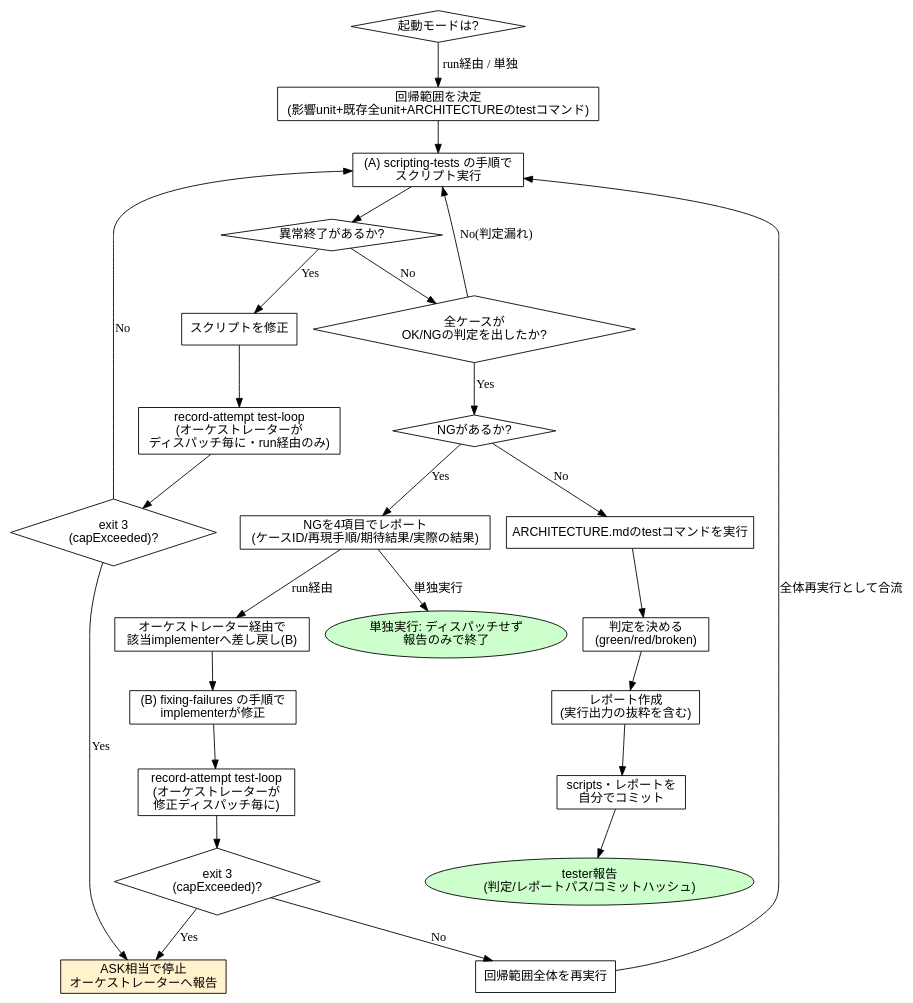
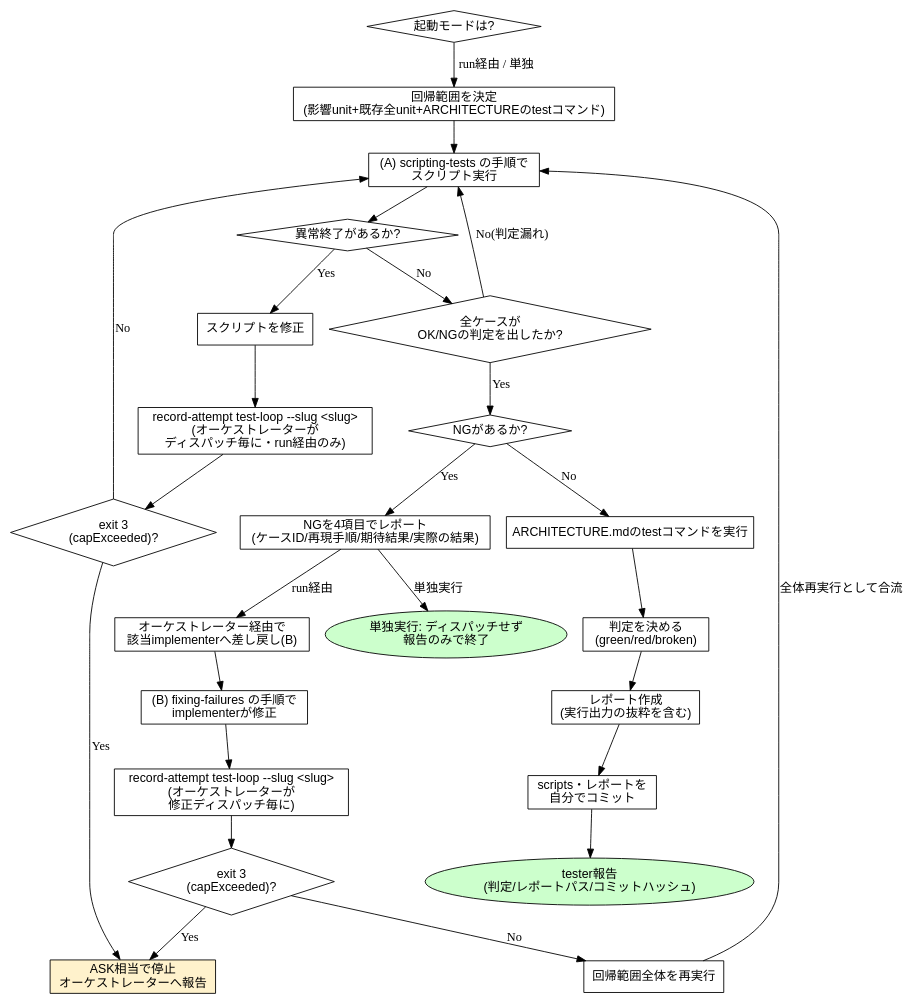
The eighth of 15 diagrams in plugins/codiel/docs/skill-flowcharts.md (Amatsuka-kobo/amatsuka-claude-plugins), drawn with Graphviz before and after one commit. The commit also changed other lines of this file and 15 other files, not shown here.

````diff
--- a/plugins/codiel/docs/skill-flowcharts.md
+++ b/plugins/codiel/docs/skill-flowcharts.md
@@ -326,49 +289,49 @@
 ```dot
 digraph running_regression_tests {
   rankdir=TB;
   node [fontname="sans-serif"];
 
   mode [label="起動モードは?", shape=diamond];
   scope [label="回帰範囲を決定\n(影響unit+既存全unit+ARCHITECTUREのtestコマンド)", shape=box];
   loop_a [label="(A) scripting-tests の手順で\nスクリプト実行", shape=box];
   broken [label="異常終了があるか?", shape=diamond];
   fix_script [label="スクリプトを修正", shape=box];
-  record_a [label="record-attempt test-loop\n(オーケストレーターが\nディスパッチ毎に・run経由のみ)", shape=box];
+  record_a [label="record-attempt test-loop --slug <slug>\n(オーケストレーターが\nディスパッチ毎に・run経由のみ)", shape=box];
   cap_a [label="exit 3\n(capExceeded)?", shape=diamond];
   ask_stop [label="ASK相当で停止\nオーケストレーターへ報告", shape=box, style=filled, fillcolor="#fff2cc"];
   all_judged [label="全ケースが\nOK/NGの判定を出したか?", shape=diamond];
   ng_found [label="NGがあるか?", shape=diamond];
   report_ng [label="NGを4項目でレポート\n(ケースID/再現手順/期待結果/実際の結果)", shape=box];
   standalone_end [label="単独実行: ディスパッチせず\n報告のみで終了", shape=ellipse, style=filled, fillcolor="#ccffcc"];
   handoff [label="オーケストレーター経由で\n該当implementerへ差し戻し(B)", shape=box];
   loop_b [label="(B) fixing-failures の手順で\nimplementerが修正", shape=box];
-  record_b [label="record-attempt test-loop\n(オーケストレーターが\n修正ディスパッチ毎に)", shape=box];
+  record_b [label="record-attempt test-loop --slug <slug>\n(オーケストレーターが\n修正ディスパッチ毎に)", shape=box];
   cap_b [label="exit 3\n(capExceeded)?", shape=diamond];
   rerun_all [label="回帰範囲全体を再実行", shape=box];
   unit_test [label="ARCHITECTURE.mdのtestコマンドを実行", shape=box];
   verdict [label="判定を決める\n(green/red/broken)", shape=box];
   report [label="レポート作成\n(実行出力の抜粋を含む)", shape=box];
   commit [label="scripts・レポートを\n自分でコミット", shape=box];
   done [label="tester報告\n(判定/レポートパス/コミットハッシュ)", shape=ellipse, style=filled, fillcolor="#ccffcc"];
 
   mode -> scope [label="run経由 / 単独"];
   scope -> loop_a -> broken;
   broken -> fix_script [label="Yes"];
   fix_script -> record_a;
   record_a -> cap_a;
   cap_a -> ask_stop [label="Yes"];
   cap_a -> loop_a [label="No"];
   broken -> all_judged [label="No"];
   all_judged -> loop_a [label="No(判定漏れ)"];
   all_judged -> ng_found [label="Yes"];
   ng_found -> unit_test [label="No"];
   ng_found -> report_ng [label="Yes"];
   report_ng -> standalone_end [label="単独実行"];
   report_ng -> handoff [label="run経由"];
   handoff -> loop_b -> record_b -> cap_b;
   cap_b -> ask_stop [label="Yes"];
   cap_b -> rerun_all [label="No"];
   rerun_all -> loop_a [label="全体再実行として合流"];
   unit_test -> verdict -> report -> commit -> done;
 }
 ```
````
